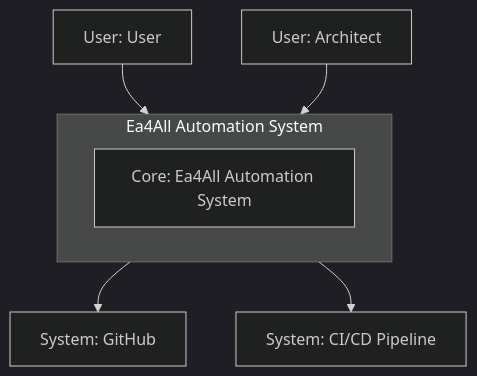
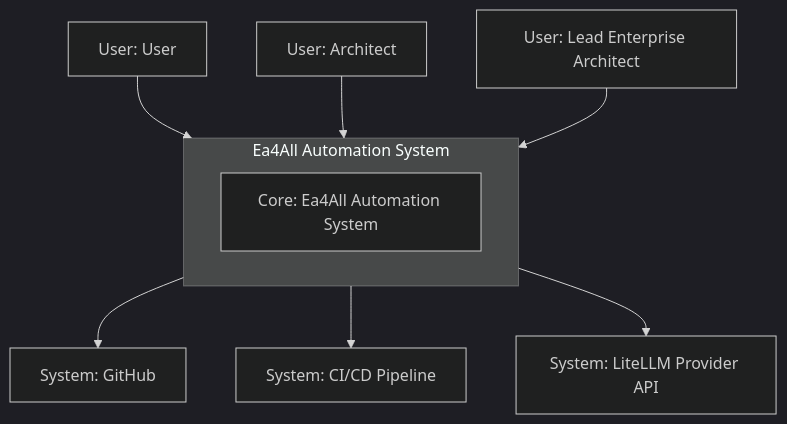
The diagram in projects/ea4all-automation/architecture-state/diagrams/system-context.mmd (cas-governance-portal/cas-governance-portal.github.io), drawn with Mermaid (dark theme) before and after one commit. The commit also changed 785 other files, not shown here.

```diff
--- a/projects/ea4all-automation/architecture-state/diagrams/system-context.mmd
+++ b/projects/ea4all-automation/architecture-state/diagrams/system-context.mmd
@@ -1,12 +1,16 @@
 flowchart TD
     subgraph SysBoundary["Ea4All Automation System"]
         CoreSys["Core: Ea4All Automation System"]
     end
     Actor0["User: User"]
     Actor1["User: Architect"]
+    Actor2["User: Lead Enterprise Architect"]
     ExtSys0["System: GitHub"]
     ExtSys1["System: CI/CD Pipeline"]
+    ExtSys2["System: LiteLLM Provider API"]
     Actor0 --> SysBoundary
     Actor1 --> SysBoundary
+    Actor2 --> SysBoundary
     SysBoundary --> ExtSys0
     SysBoundary --> ExtSys1
+    SysBoundary --> ExtSys2
```
